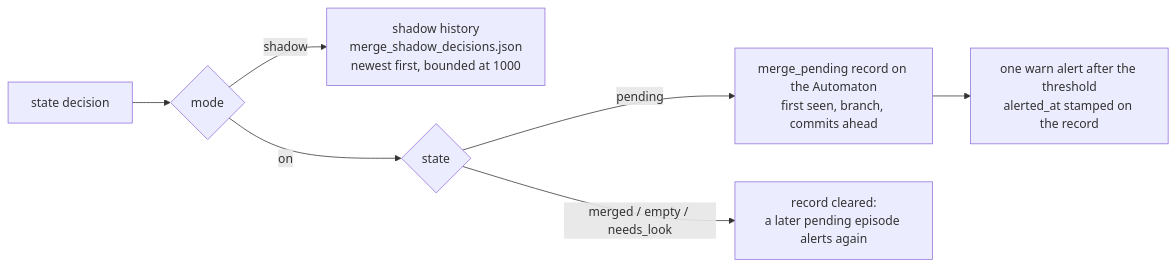
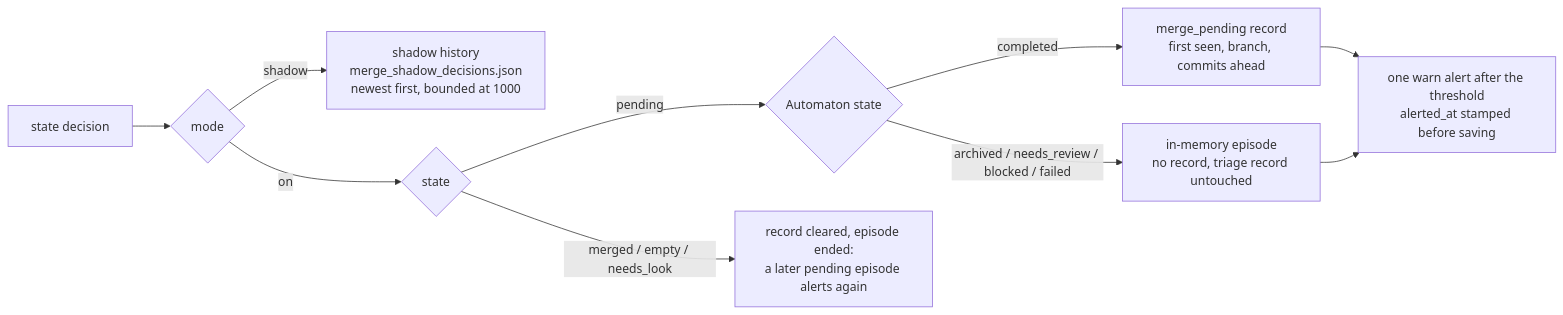
The second of 2 diagrams in docs/flow/automation-merge-pending-flow.md (dmz006/datawatch), drawn with Mermaid before and after one commit. The commit also changed other lines of this file and 2 other files, not shown here.

````diff
--- a/docs/flow/automation-merge-pending-flow.md
+++ b/docs/flow/automation-merge-pending-flow.md
@@ -120,9 +133,12 @@
 ```mermaid
 flowchart LR
     D[state decision] --> SHD{mode}
     SHD -- shadow --> W[shadow history<br/>merge_shadow_decisions.json<br/>newest first, bounded at 1000]
     SHD -- on --> P{state}
-    P -- pending --> R[merge_pending record on the Automaton<br/>first seen, branch, commits ahead]
-    R --> A[one warn alert after the threshold<br/>alerted_at stamped on the record]
-    P -- merged / empty / needs_look --> C[record cleared:<br/>a later pending episode alerts again]
+    P -- pending --> P2{Automaton state}
+    P2 -- completed --> R[merge_pending record<br/>first seen, branch, commits ahead]
+    P2 -- archived / needs_review / blocked / failed --> RP[in-memory episode<br/>no record, triage record untouched]
+    R --> A[one warn alert after the threshold<br/>alerted_at stamped before saving]
+    RP --> A
+    P -- merged / empty / needs_look --> C[record cleared, episode ended:<br/>a later pending episode alerts again]
 ```
````
